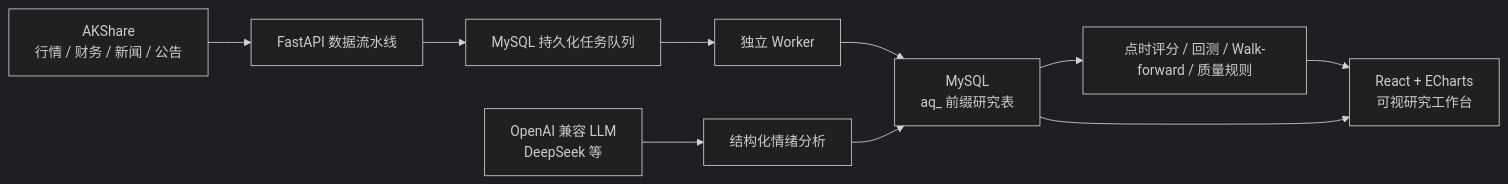
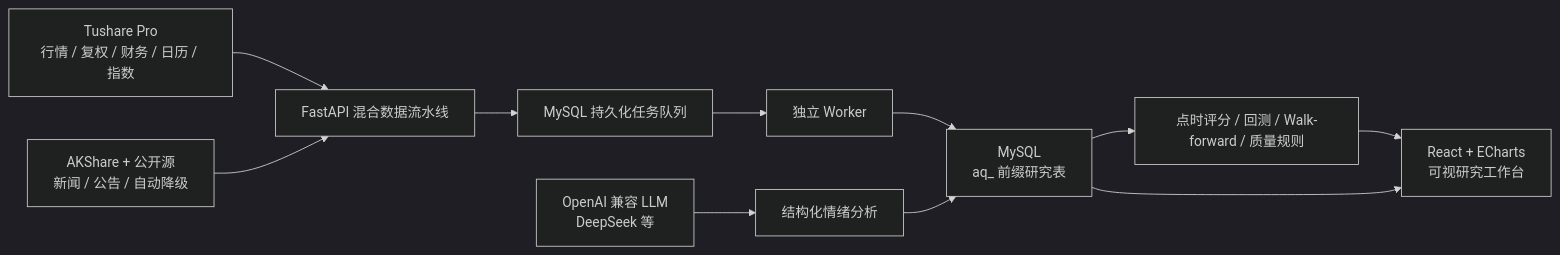
One commit to caibinice/ai-quantitative-trading changed the diagram in README.md. Above: the diagram before and after it, drawn with Mermaid (dark theme). The commit also changed other lines of this file and 14 other files, not shown here.

````diff
--- a/README.md
+++ b/README.md
@@ -29,12 +29,13 @@
 ```mermaid
 flowchart LR
-    A["AKShare<br/>行情 / 财务 / 新闻 / 公告"] --> B["FastAPI 数据流水线"]
+    A["Tushare Pro<br/>行情 / 复权 / 财务 / 日历 / 指数"] --> B["FastAPI 混合数据流水线"]
+    J["AKShare + 公开源<br/>新闻 / 公告 / 自动降级"] --> B
     C["OpenAI 兼容 LLM<br/>DeepSeek 等"] --> D["结构化情绪分析"]
     B --> H["MySQL 持久化任务队列"]
     H --> I["独立 Worker"]
     I --> E["MySQL<br/>aq_ 前缀研究表"]
     D --> E
     E --> F["点时评分 / 回测 / Walk-forward / 质量规则"]
     F --> G["React + ECharts<br/>可视研究工作台"]
     E --> G
 ```
````
